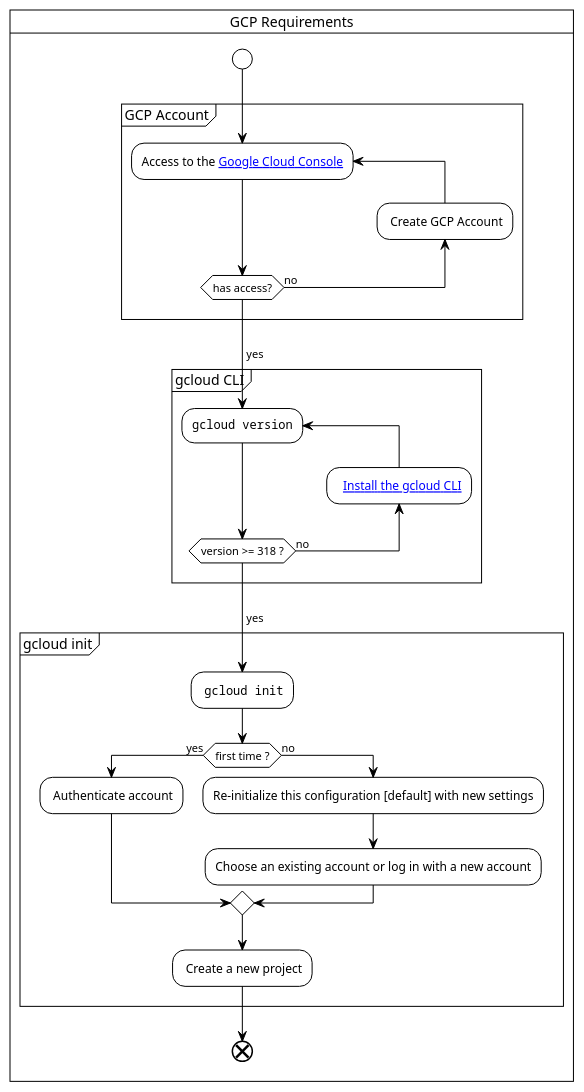
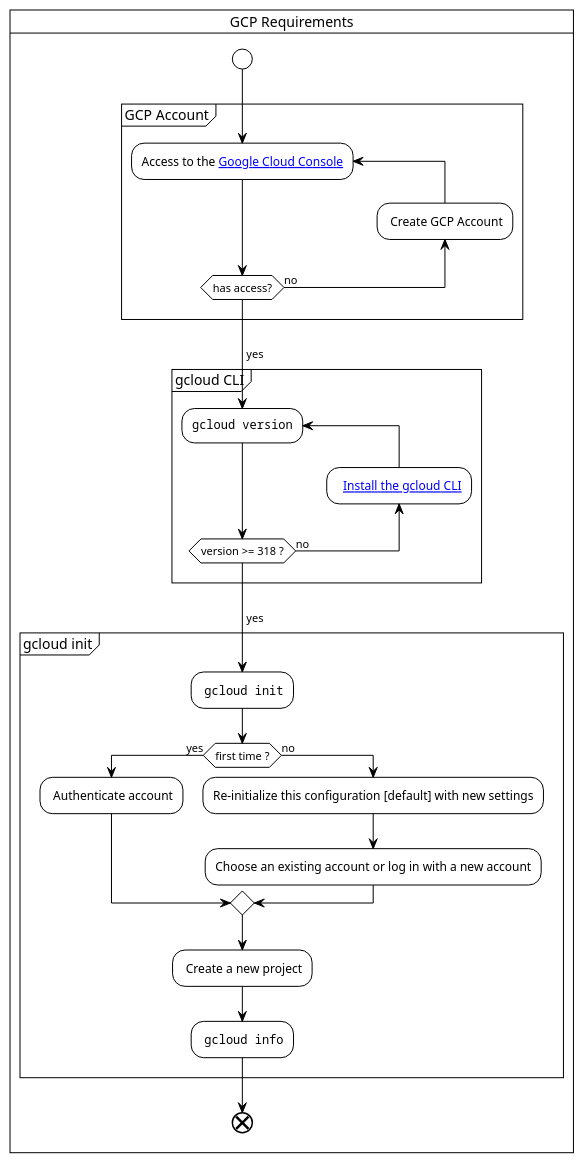
The diagram in docusaurus/plantuml/gcp-requirements.puml (grucloud/grucloud), drawn with PlantUML before and after one commit. The commit also changed 1 other file, not shown here.

```diff
--- a/docusaurus/plantuml/gcp-requirements.puml
+++ b/docusaurus/plantuml/gcp-requirements.puml
@@ -1,37 +1,39 @@
 @startuml gcp-requirements
 !theme plain
 
 skinparam svgLinkTarget _blank
 
 card "GCP Requirements" {
 start
 partition "GCP Account" {
 repeat :Access to the [[console.cloud.google.com/home/dashboard Google Cloud Console]];
 backward: Create GCP Account;
 repeat while (has access?) is (no) 
 ->yes;
 }
 
 partition "gcloud CLI" {
 repeat :""gcloud version"";
 backward:  [[https://docs.aws.amazon.com/cli/latest/userguide/install-cliv2.html Install the gcloud CLI]];
 repeat while (version >= 318 ?) is (no) 
 ->yes;
 }
 
 partition "gcloud init" {
 : ""gcloud init"";
 if (first time ?) then (yes)
 : Authenticate account;
 else (no)
   :Re-initialize this configuration [default] with new settings;
   :Choose an existing account or log in with a new account;
 endif
 : Create a new project;
+: ""gcloud info"";
+
 }
 
 end
 
 
 }
 @enduml
```
